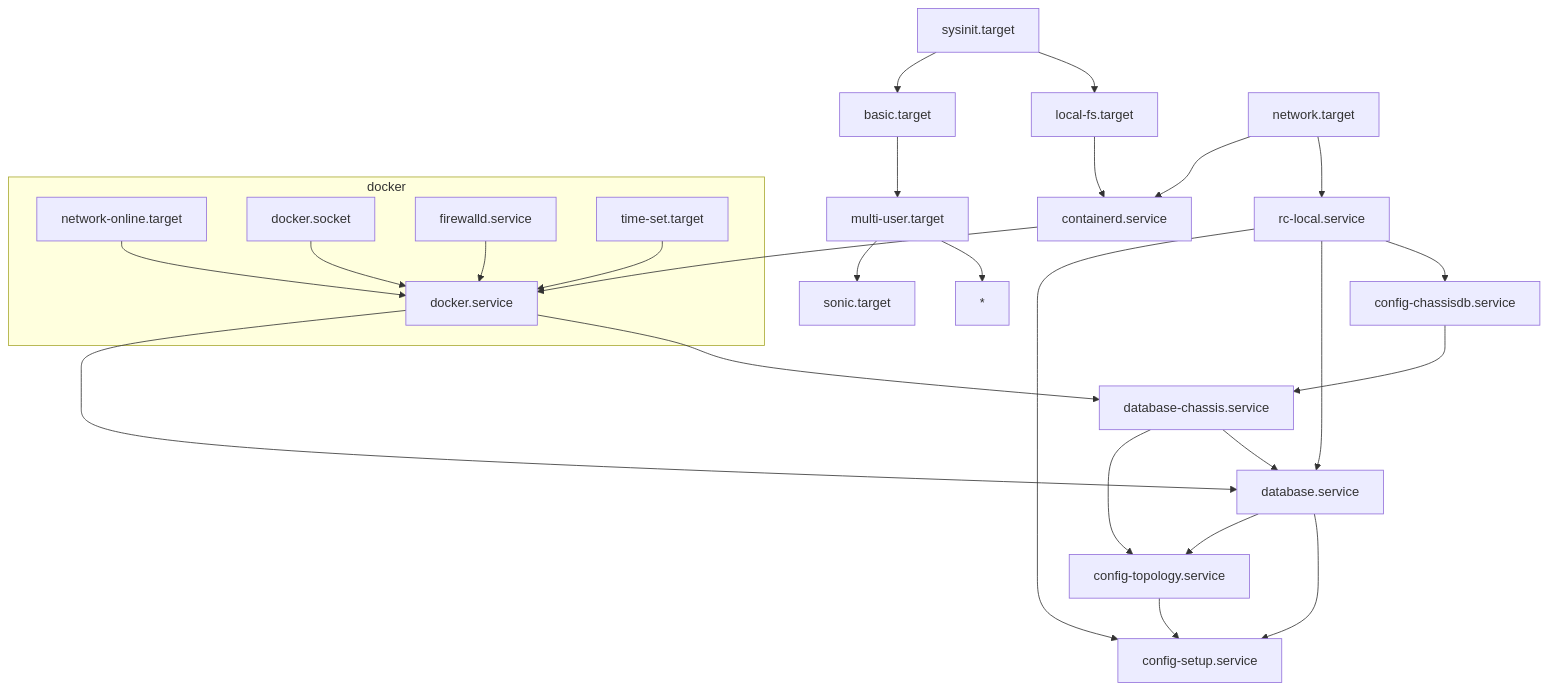
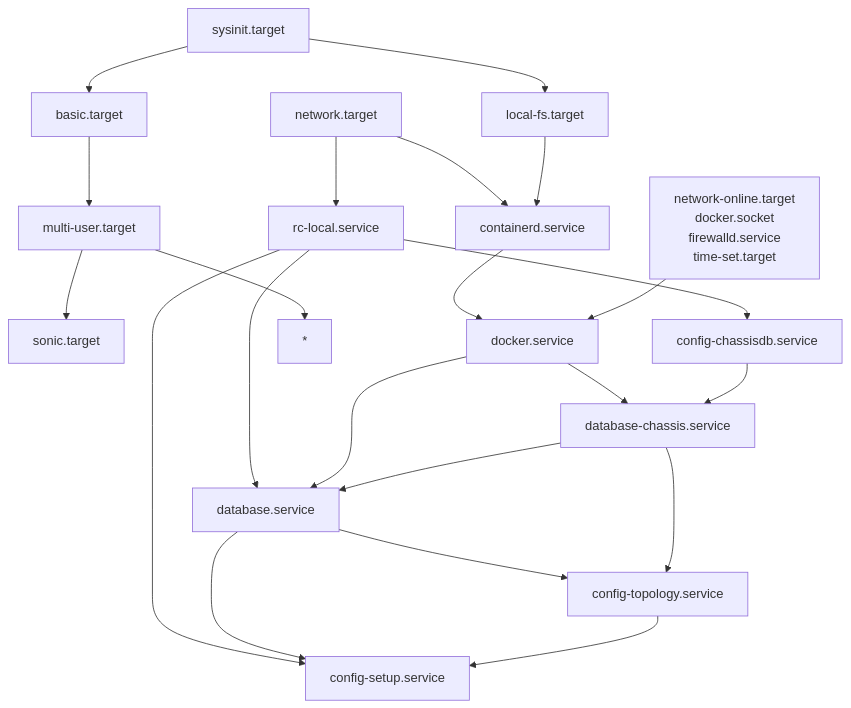
Before and after one commit to Xuanfq/notes: the second of 3 diagrams in networking/nos/SONiC/Logic of sonic startup.md, drawn with Mermaid. The commit also changed other lines of this file, not shown here.

````diff
--- a/networking/nos/SONiC/Logic of sonic startup.md
+++ b/networking/nos/SONiC/Logic of sonic startup.md
@@ -732,77 +746,73 @@
 ```mermaid
 flowchart TB
 
 %% ==== 先声明所有节点 ====
    T_SYSINIT[sysinit.target]
    T_LOCAL_FS[local-fs.target]
    T_BASIC[basic.target]
    T_MULTI_USER[multi-user.target]
    T_SONIC[sonic.target]
    T_NETWORK[network.target]
 
    %% 基础依赖
    S_RC_LOCAL[rc-local.service]
    S_CONTAINERD[containerd.service]
    S_DOCKER[docker.service]
    S_DATABASE[database.service]
    S_DATABASE_CHASSIS[database-chassis.service]
 
    %% 配置类服务
    S_CONFIG_CHASSISDB[config-chassisdb.service]
    S_CONFIG_SETUP[config-setup.service]
    S_CONFIG_TOPOLOGY[config-topology.service]
 
 
 
 %% ==== 启动顺序主线（严格按依赖） ====
 
    %% common
 
    T_SYSINIT --> T_LOCAL_FS
    T_SYSINIT --> T_BASIC
    T_BASIC --> T_MULTI_USER
 
    T_NETWORK --> S_RC_LOCAL
    
    T_MULTI_USER --> *
    T_MULTI_USER --> T_SONIC
 
 
    %% == multi-user.target
 
    %% config-chassisdb
    S_RC_LOCAL --> S_CONFIG_CHASSISDB
 
    %% containerd
    T_NETWORK --> S_CONTAINERD
    T_LOCAL_FS --> S_CONTAINERD
 
    %% docker
    S_CONTAINERD --> S_DOCKER
-   subgraph docker
-      network-online.target --> S_DOCKER
-      docker.socket --> S_DOCKER
-      firewalld.service --> S_DOCKER
-      time-set.target --> S_DOCKER
-   end
+   S_DOCKER_DEP[network-online.target<br/>docker.socket<br/>firewalld.service<br/>time-set.target] --> S_DOCKER
 
    %% database-chassis
    S_DOCKER --> S_DATABASE_CHASSIS
    S_CONFIG_CHASSISDB --> S_DATABASE_CHASSIS
 
    %% database
    S_RC_LOCAL --> S_DATABASE
    S_DOCKER --> S_DATABASE
    S_DATABASE_CHASSIS --> S_DATABASE
    
    %% config-setup
    S_RC_LOCAL --> S_CONFIG_SETUP
    S_DATABASE --> S_CONFIG_SETUP
    S_CONFIG_TOPOLOGY --> S_CONFIG_SETUP
 
    %% config-topology   
    S_DATABASE --> S_CONFIG_TOPOLOGY
    S_DATABASE_CHASSIS --> S_CONFIG_TOPOLOGY
 
 
+%% ==== 整理 ====
 ```
````
